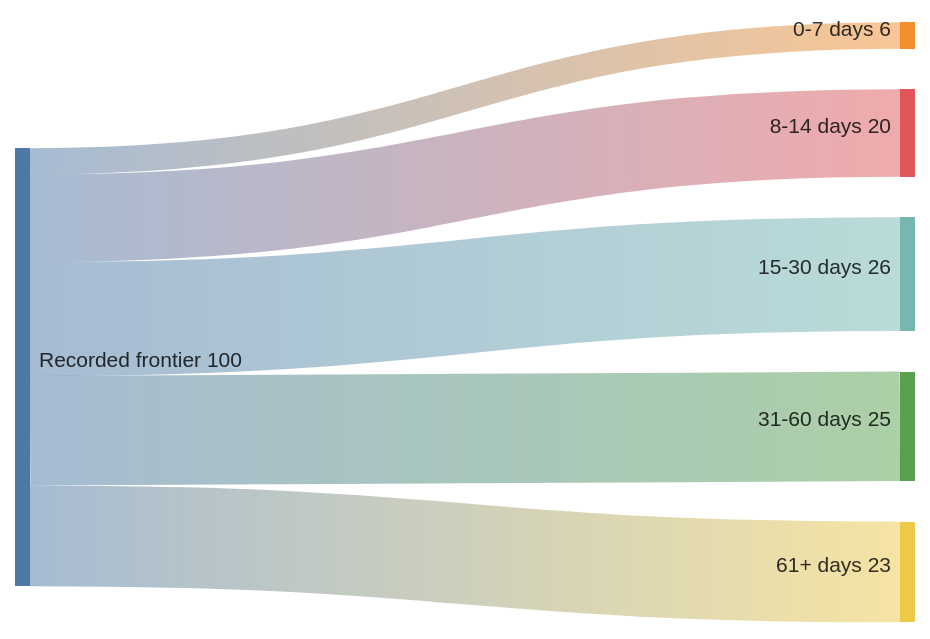
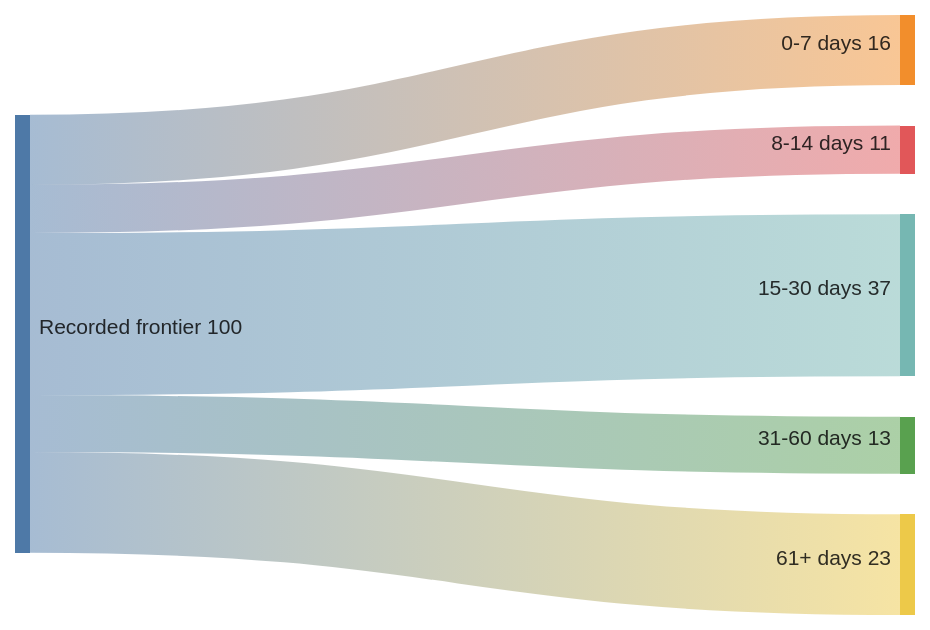
The diagram in docs/diagrams/horizon_sankey.mmd (Armanasq/phd_tracker), drawn with Mermaid before and after one commit. The commit also changed 35 other files, not shown here.

```diff
--- a/docs/diagrams/horizon_sankey.mmd
+++ b/docs/diagrams/horizon_sankey.mmd
@@ -1,6 +1,6 @@
 sankey-beta
-Recorded frontier,0-7 days,6
-Recorded frontier,8-14 days,20
-Recorded frontier,15-30 days,26
-Recorded frontier,31-60 days,25
+Recorded frontier,0-7 days,16
+Recorded frontier,8-14 days,11
+Recorded frontier,15-30 days,37
+Recorded frontier,31-60 days,13
 Recorded frontier,61+ days,23
```
